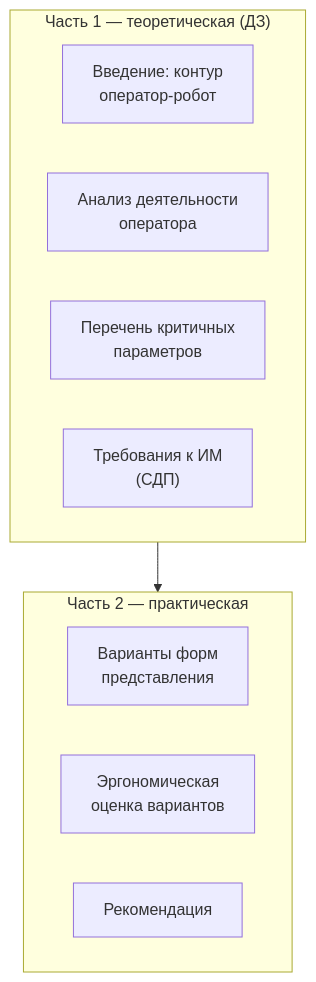
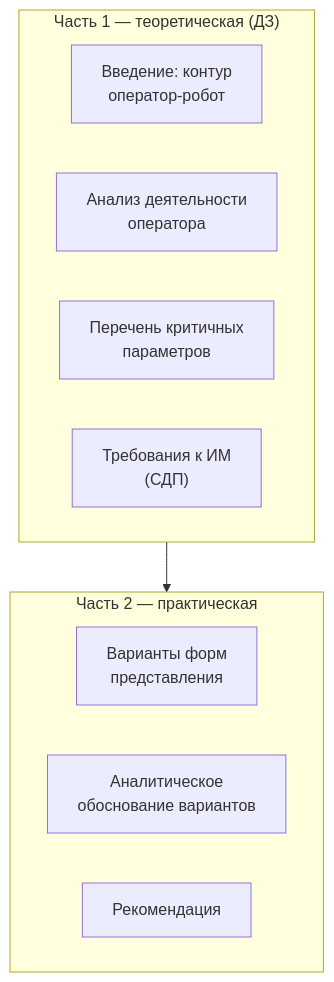
Diagram 14 of 19 in docs/ergonomics-methodology/kr-topic-consultation-report.md (RedAlexDad/WalkingRobotSim), drawn with Mermaid before and after one commit. The commit also changed other lines of this file and 1 other file, not shown here.

````diff
--- a/docs/ergonomics-methodology/kr-topic-consultation-report.md
+++ b/docs/ergonomics-methodology/kr-topic-consultation-report.md
@@ -760,15 +802,15 @@
 ```mermaid
 graph TB
     subgraph P1["Часть 1 — теоретическая (ДЗ)"]
         I["Введение: контур<br/>оператор-робот"]
         A["Анализ деятельности<br/>оператора"]
         P["Перечень критичных<br/>параметров"]
         T["Требования к ИМ<br/>(СДП)"]
     end
     subgraph P2["Часть 2 — практическая"]
         V["Варианты форм<br/>представления"]
-        O["Эргономическая<br/>оценка вариантов"]
+        O["Аналитическое<br/>обоснование вариантов"]
         R["Рекомендация"]
     end
     P1 --> P2
 ```
````
